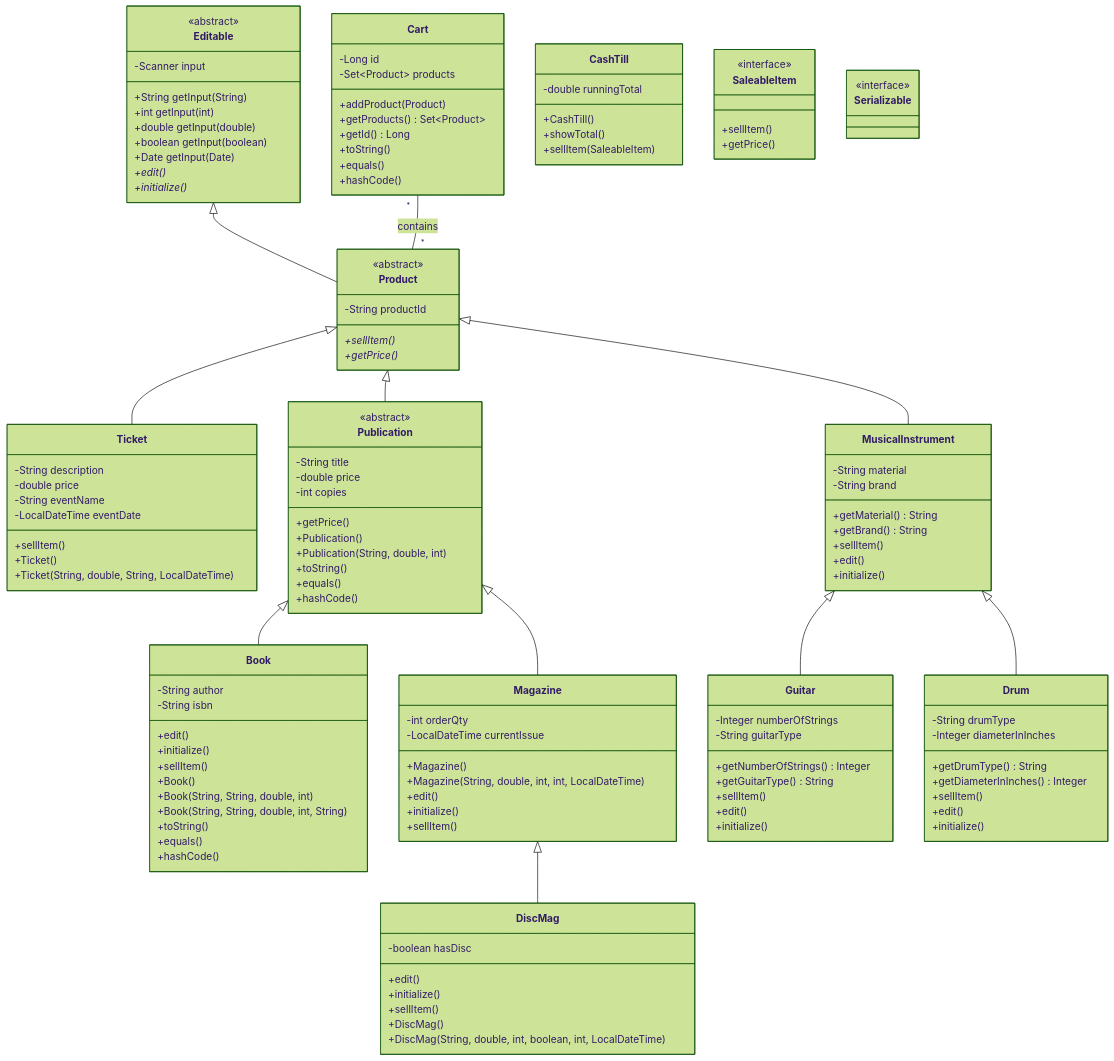
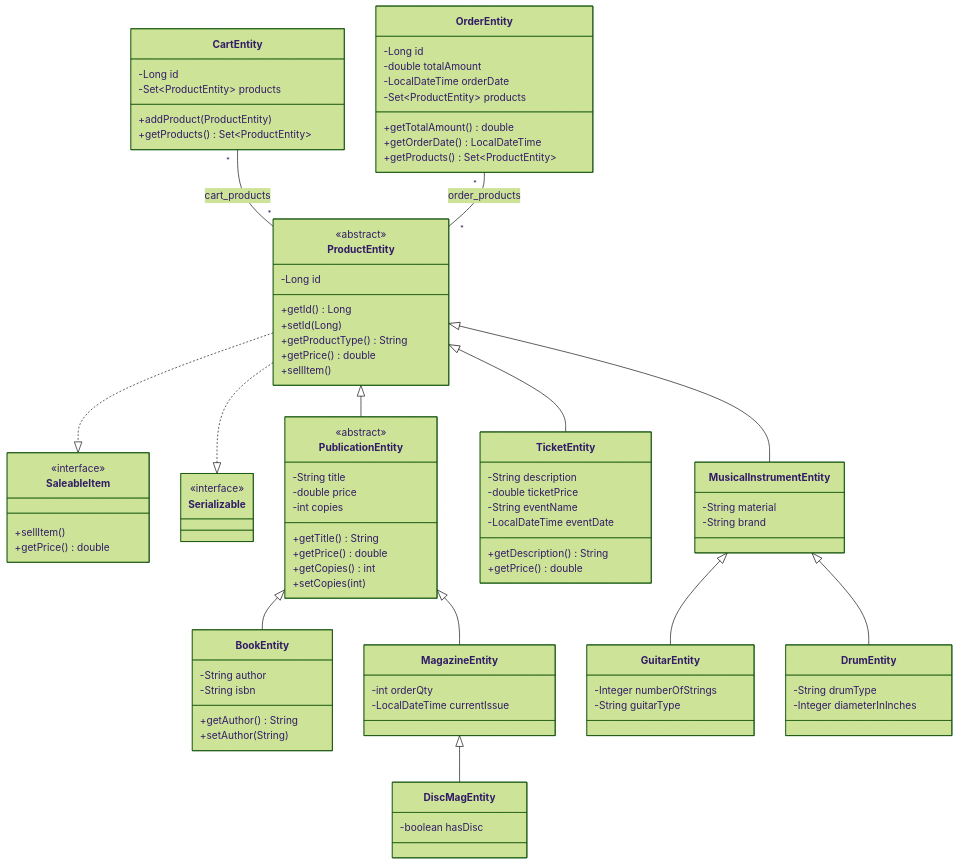
Before and after one commit to Sujit-sault/csd230_w26.lab1.SujitBolakhe: the diagram in documentation/bookstore.f25-2025-11-17-211001.mmd, drawn with Mermaid (forest theme). The commit also changed 7 other files, not shown here.

```diff
--- a/documentation/bookstore.f25-2025-11-17-211001.mmd
+++ b/documentation/bookstore.f25-2025-11-17-211001.mmd
@@ -1,155 +1,115 @@
 classDiagram
     direction TB
 
-
-    Editable <|-- Product
-    Product <|-- Ticket
-    Product <|-- Publication
-    Publication <|-- Book
-    Publication <|-- Magazine
-    Magazine <|-- DiscMag
-
-
-    Cart "*" -- "*" Product : contains
-
-
-    Product <|-- MusicalInstrument
-    MusicalInstrument <|-- Guitar
-    MusicalInstrument <|-- Drum
-
-
-
-    class Editable{
-        <<abstract>>
-        -Scanner input
-        +String getInput(String)
-        +int getInput(int)
-        +double getInput(double)
-        +boolean getInput(boolean)
-        +Date getInput(Date)
-        +edit()*
-        +initialize()*
-    }
-
-    class Product{
-        <<abstract>>
-        -String productId
-        +sellItem()*
-        +getPrice()*
-    }
-
-    class Publication{
-        <<abstract>>
-        -String title
-        -double price
-        -int copies
-        +getPrice()
-        +Publication()
-        +Publication(String, double, int)
-        +toString()
-        +equals()
-        +hashCode()
-    }
-
-    class Book{
-        -String author
-        -String isbn
-        +edit()
-        +initialize()
-        +sellItem()
-        +Book()
-        +Book(String, String, double, int)
-        +Book(String, String, double, int, String)
-        +toString()
-        +equals()
-        +hashCode()
-    }
-
-    class Magazine{
-        -int orderQty
-        -LocalDateTime currentIssue
-        +Magazine()
-        +Magazine(String, double, int, int, LocalDateTime)
-        +edit()
-        +initialize()
-        +sellItem()
-    }
-
-    class DiscMag{
-        -boolean hasDisc
-        +edit()
-        +initialize()
-        +sellItem()
-        +DiscMag()
-        +DiscMag(String, double, int, boolean, int, LocalDateTime)
-    }
-
-    class Ticket{
-        -String description
-        -double price
-        -String eventName
-        -LocalDateTime eventDate
-        +sellItem()
-        +Ticket()
-        +Ticket(String, double, String, LocalDateTime)
-    }
-
-
-    class Cart{
-        -Long id
-        -Set~Product~ products
-        +addProduct(Product)
-        +getProducts() Set~Product~
-        +getId() Long
-        +toString()
-        +equals()
-        +hashCode()
-    }
-
-
-    class MusicalInstrument{
-        -String material
-        -String brand
-        +getMaterial() String
-        +getBrand() String
-        +sellItem()
-        +edit()
-        +initialize()
-    }
-
-    class Guitar{
-        -Integer numberOfStrings
-        -String guitarType
-        +getNumberOfStrings() Integer
-        +getGuitarType() String
-        +sellItem()
-        +edit()
-        +initialize()
-    }
-
-    class Drum{
-        -String drumType
-        -Integer diameterInInches
-        +getDrumType() String
-        +getDiameterInInches() Integer
-        +sellItem()
-        +edit()
-        +initialize()
-    }
-
-    class CashTill{
-        -double runningTotal
-        +CashTill()
-        +showTotal()
-        +sellItem(SaleableItem)
-    }
-
+%% Interfaces
     class SaleableItem {
         <<interface>>
         +sellItem()
-        +getPrice()
+        +getPrice() double
     }
 
     class Serializable {
         <<interface>>
     }
+
+%% Base Entity
+    class ProductEntity {
+        <<abstract>>
+        -Long id
+        +getId() Long
+        +setId(Long)
+        +getProductType() String
+        +getPrice() double
+        +sellItem()
+    }
+
+    ProductEntity ..|> SaleableItem
+    ProductEntity ..|> Serializable
+
+%% Inheritance: Publications
+    class PublicationEntity {
+        <<abstract>>
+        -String title
+        -double price
+        -int copies
+        +getTitle() String
+        +getPrice() double
+        +getCopies() int
+        +setCopies(int)
+    }
+
+    class BookEntity {
+        -String author
+        -String isbn
+        +getAuthor() String
+        +setAuthor(String)
+    }
+
+    class MagazineEntity {
+        -int orderQty
+        -LocalDateTime currentIssue
+    }
+
+    class DiscMagEntity {
+        -boolean hasDisc
+    }
+
+    ProductEntity <|-- PublicationEntity
+    PublicationEntity <|-- BookEntity
+    PublicationEntity <|-- MagazineEntity
+    MagazineEntity <|-- DiscMagEntity
+
+%% Inheritance: Ticket
+    class TicketEntity {
+        -String description
+        -double ticketPrice
+        -String eventName
+        -LocalDateTime eventDate
+        +getDescription() String
+        +getPrice() double
+    }
+
+    ProductEntity <|-- TicketEntity
+
+%% Inheritance: Musical Instruments
+    class MusicalInstrumentEntity {
+        -String material
+        -String brand
+    }
+
+    class GuitarEntity {
+        -Integer numberOfStrings
+        -String guitarType
+    }
+
+    class DrumEntity {
+        -String drumType
+        -Integer diameterInInches
+    }
+
+    ProductEntity <|-- MusicalInstrumentEntity
+    MusicalInstrumentEntity <|-- GuitarEntity
+    MusicalInstrumentEntity <|-- DrumEntity
+
+%% Cart
+    class CartEntity {
+        -Long id
+        -Set~ProductEntity~ products
+        +addProduct(ProductEntity)
+        +getProducts() Set~ProductEntity~
+    }
+
+%% NEW: Order
+    class OrderEntity {
+        -Long id
+        -double totalAmount
+        -LocalDateTime orderDate
+        -Set~ProductEntity~ products
+        +getTotalAmount() double
+        +getOrderDate() LocalDateTime
+        +getProducts() Set~ProductEntity~
+    }
+
+%% Relationships (Lab 2 requirement)
+    CartEntity "*" -- "*" ProductEntity : cart_products
+    OrderEntity "*" -- "*" ProductEntity : order_products
```
